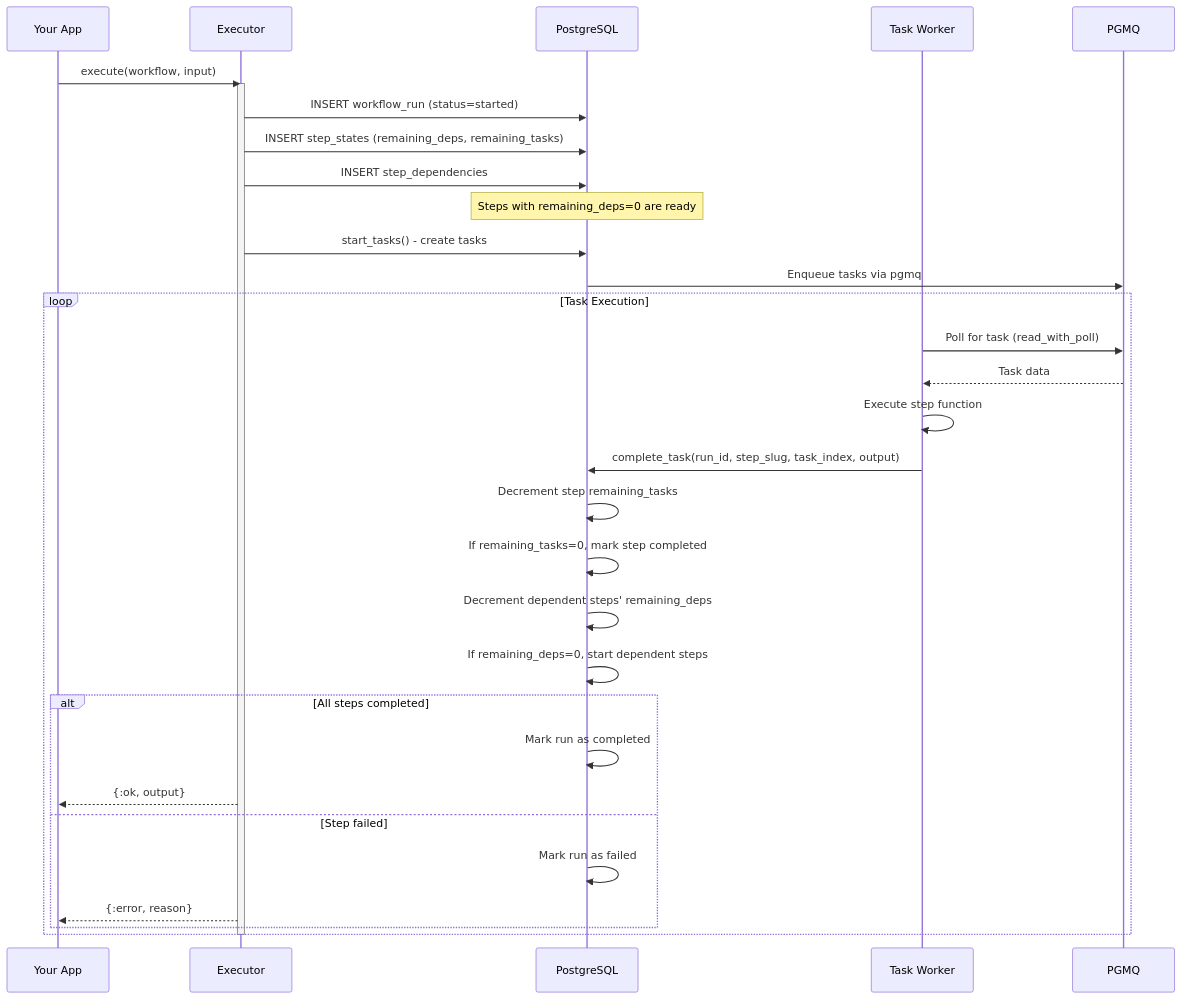
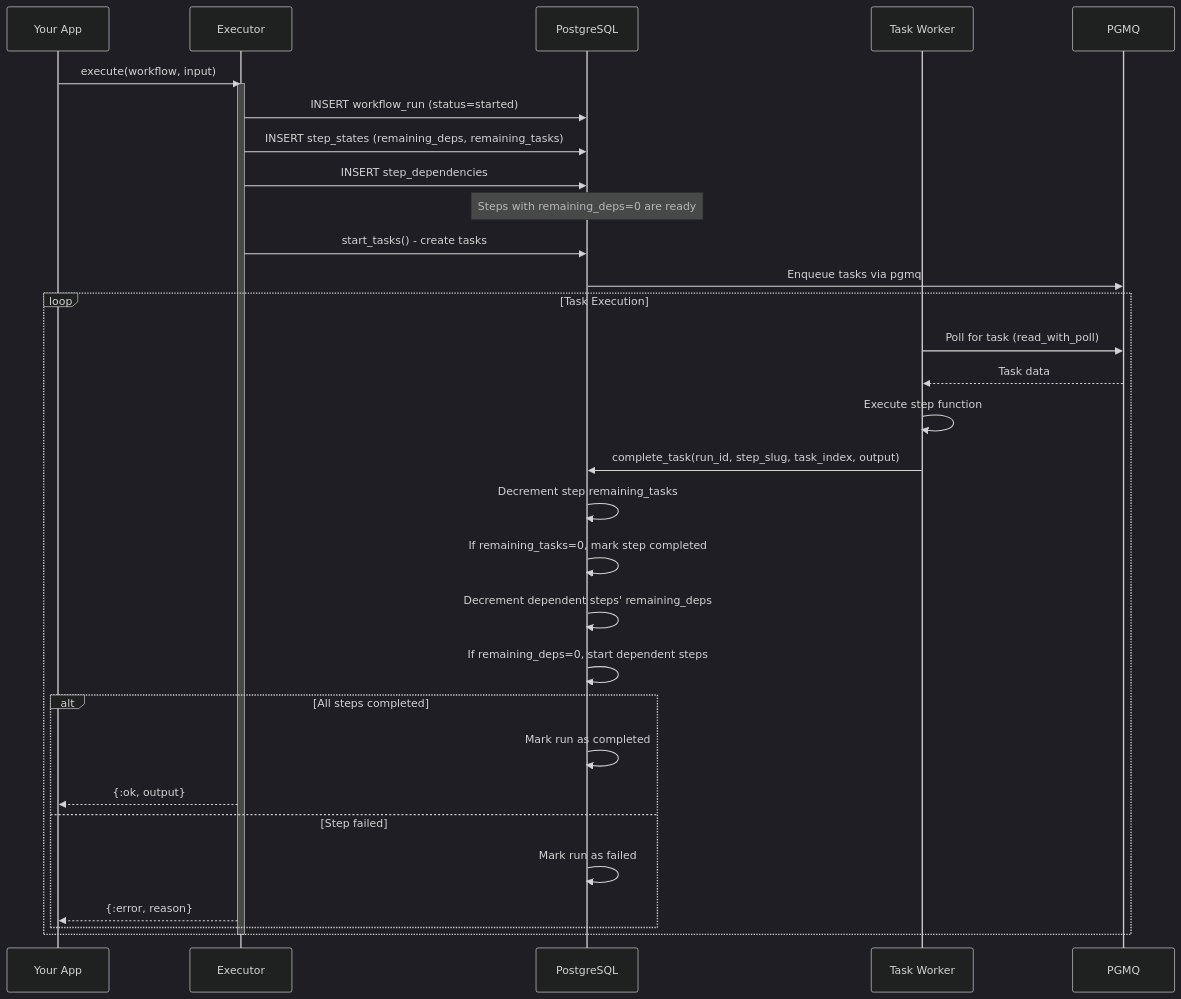
Diagram 12 of 13 in README.md (Singularity-ng/singularity-workflows), drawn with Mermaid before and after one commit. The commit also changed other lines of this file, not shown here.

First line of the commit message:
Use Mermaid's built-in dark theme for all diagrams

````diff
--- a/README.md
+++ b/README.md
@@ -482,41 +408,42 @@
 ```mermaid
+%%{init: {'theme':'dark'}}%%
 sequenceDiagram
     participant App as Your App
     participant Executor
     participant DB as PostgreSQL
     participant Worker as Task Worker
 
     App->>Executor: execute(workflow, input)
     activate Executor
 
     Executor->>DB: INSERT workflow_run (status=started)
     Executor->>DB: INSERT step_states (remaining_deps, remaining_tasks)
     Executor->>DB: INSERT step_dependencies
 
     Note over DB: Steps with remaining_deps=0 are ready
 
     Executor->>DB: start_tasks() - create tasks
     DB->>PGMQ: Enqueue tasks via pgmq
 
     loop Task Execution
         Worker->>PGMQ: Poll for task (read_with_poll)
         PGMQ-->>Worker: Task data
         Worker->>Worker: Execute step function
         Worker->>DB: complete_task(run_id, step_slug, task_index, output)
 
         DB->>DB: Decrement step remaining_tasks
         DB->>DB: If remaining_tasks=0, mark step completed
         DB->>DB: Decrement dependent steps' remaining_deps
         DB->>DB: If remaining_deps=0, start dependent steps
 
         alt All steps completed
             DB->>DB: Mark run as completed
             Executor-->>App: {:ok, output}
         else Step failed
             DB->>DB: Mark run as failed
             Executor-->>App: {:error, reason}
         end
     end
 
     deactivate Executor
 ```
````
